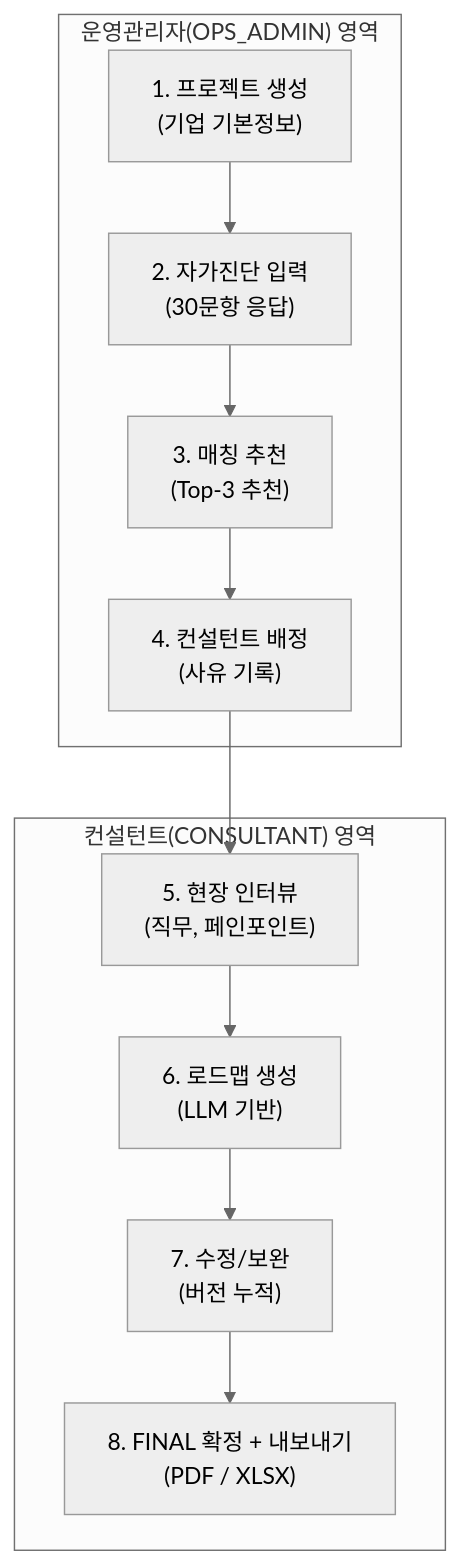
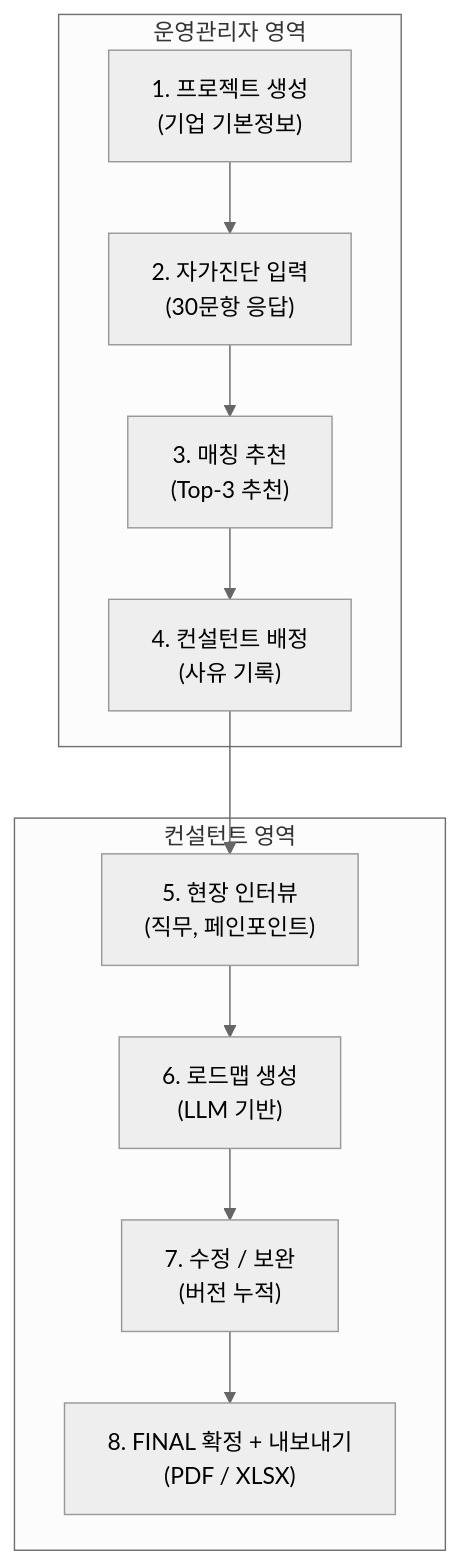
One commit to BaekKyunShin/KPC-AX-Roadmap-Dashboard changed the first of 6 diagrams in README.md. Above: the diagram before and after it, drawn with Mermaid (neutral theme). The commit also changed other lines of this file, not shown here.

First line of the commit message:
fix: Mermaid 다이어그램 렌더링 문제 수정

````diff
--- a/README.md
+++ b/README.md
@@ -56,16 +56,16 @@
 ```mermaid
 flowchart TD
-    subgraph OPS["운영관리자(OPS_ADMIN) 영역"]
-        A["1. 프로젝트 생성\n(기업 기본정보)"] --> B["2. 자가진단 입력\n(30문항 응답)"]
-        B --> C["3. 매칭 추천\n(Top-3 추천)"]
-        C --> D["4. 컨설턴트 배정\n(사유 기록)"]
+    subgraph OPS["운영관리자 영역"]
+        A["1. 프로젝트 생성<br>(기업 기본정보)"] --> B["2. 자가진단 입력<br>(30문항 응답)"]
+        B --> C["3. 매칭 추천<br>(Top-3 추천)"]
+        C --> D["4. 컨설턴트 배정<br>(사유 기록)"]
     end
 
-    subgraph CONSULTANT["컨설턴트(CONSULTANT) 영역"]
-        E["5. 현장 인터뷰\n(직무, 페인포인트)"] --> F["6. 로드맵 생성\n(LLM 기반)"]
-        F --> G["7. 수정/보완\n(버전 누적)"]
-        G --> H["8. FINAL 확정 + 내보내기\n(PDF / XLSX)"]
+    subgraph CON["컨설턴트 영역"]
+        E["5. 현장 인터뷰<br>(직무, 페인포인트)"] --> F["6. 로드맵 생성<br>(LLM 기반)"]
+        F --> G["7. 수정 / 보완<br>(버전 누적)"]
+        G --> H["8. FINAL 확정 + 내보내기<br>(PDF / XLSX)"]
     end
 
     D --> E
 ```
````
